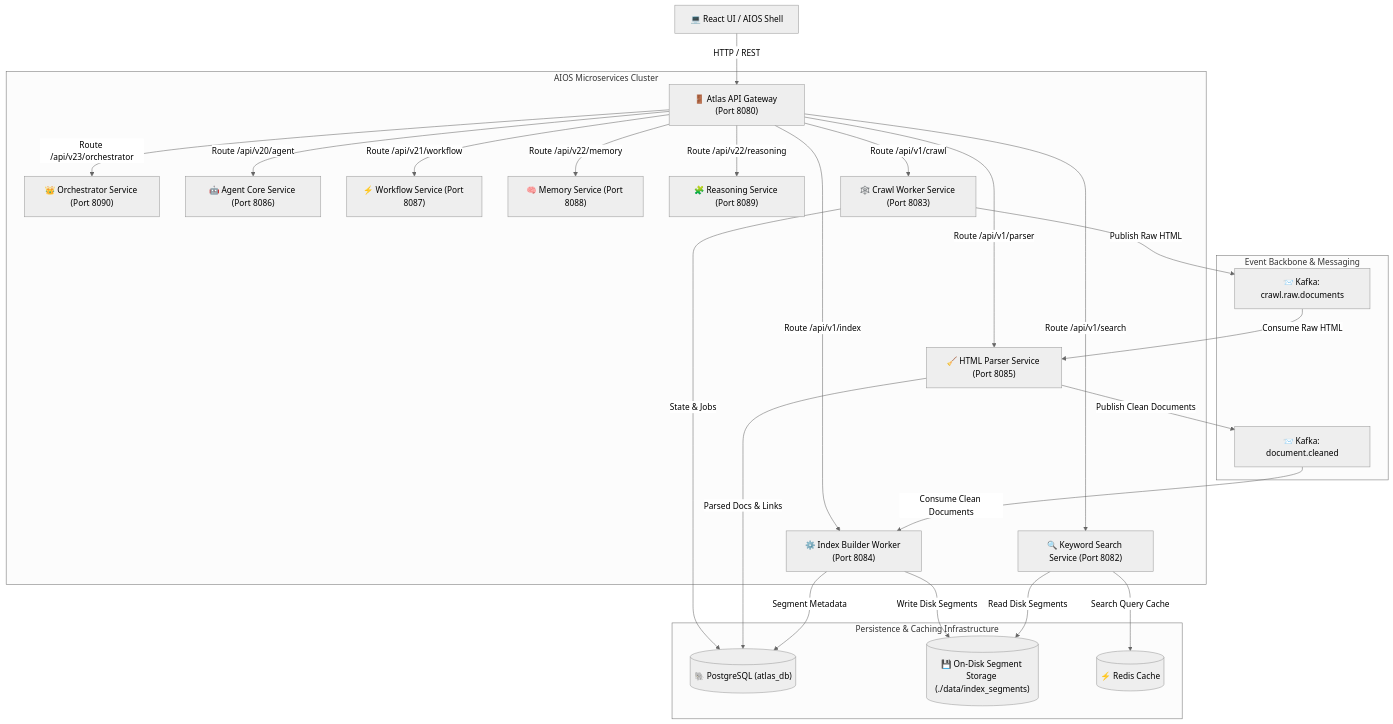
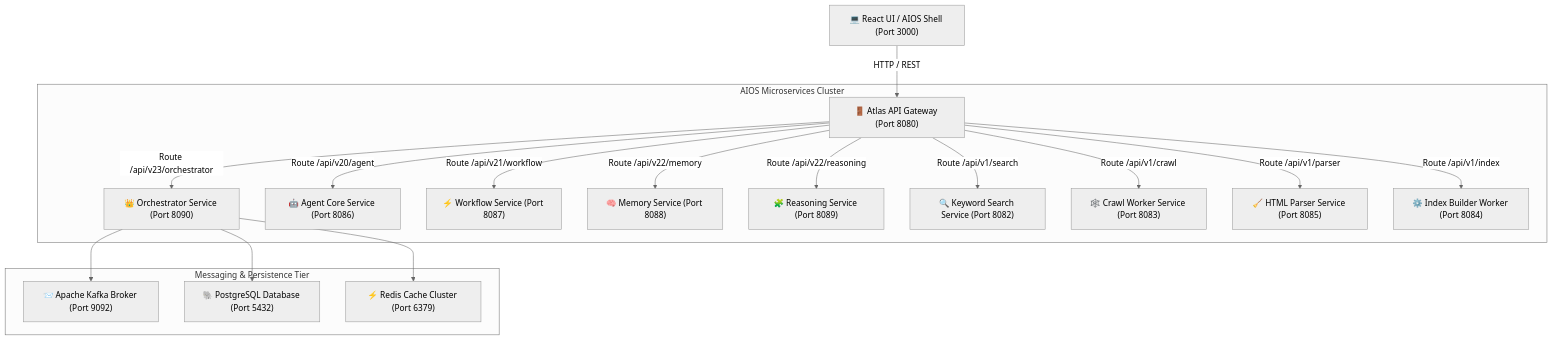
The diagram in README.md (AnoopNadagouda/Atlas), drawn with Mermaid (neutral theme) before and after one commit. The commit also changed other lines of this file and 50 other files, not shown here.

````diff
--- a/README.md
+++ b/README.md
@@ -22,32 +56,26 @@
 ```mermaid
 graph TD
-    Client["💻 React UI / AIOS Shell"] -->|HTTP / REST| Gateway["🚪 Atlas API Gateway (Port 8080)"]
+    Client["💻 React UI / AIOS Shell (Port 3000)"] -->|HTTP / REST| Gateway["🚪 Atlas API Gateway (Port 8080)"]
     
     subgraph "AIOS Microservices Cluster"
         Gateway -->|Route /api/v23/orchestrator| Orchestrator["👑 Orchestrator Service (Port 8090)"]
         Gateway -->|Route /api/v20/agent| Agent["🤖 Agent Core Service (Port 8086)"]
         Gateway -->|Route /api/v21/workflow| Workflow["⚡ Workflow Service (Port 8087)"]
         Gateway -->|Route /api/v22/memory| Memory["🧠 Memory Service (Port 8088)"]
         Gateway -->|Route /api/v22/reasoning| Reasoning["🧩 Reasoning Service (Port 8089)"]
         Gateway -->|Route /api/v1/search| Search["🔍 Keyword Search Service (Port 8082)"]
         Gateway -->|Route /api/v1/crawl| Crawler["🕸️ Crawl Worker Service (Port 8083)"]
         Gateway -->|Route /api/v1/parser| Parser["🧹 HTML Parser Service (Port 8085)"]
         Gateway -->|Route /api/v1/index| Indexer["⚙️ Index Builder Worker (Port 8084)"]
     end
 
-    subgraph "Event Backbone & Messaging"
-        Crawler -->|Publish Raw HTML| K1["📨 Kafka: crawl.raw.documents"]
-        K1 -->|Consume Raw HTML| Parser
-        Parser -->|Publish Clean Documents| K2["📨 Kafka: document.cleaned"]
-        K2 -->|Consume Clean Documents| Indexer
+    subgraph "Messaging & Persistence Tier"
+        Kafka["📨 Apache Kafka Broker (Port 9092)"]
+        PG["🐘 PostgreSQL Database (Port 5432)"]
+        Redis["⚡ Redis Cache Cluster (Port 6379)"]
     end
 
-    subgraph "Persistence & Caching Infrastructure"
-        Crawler -->|State & Jobs| DB[("🐘 PostgreSQL (atlas_db)")]
-        Parser -->|Parsed Docs & Links| DB
-        Indexer -->|Segment Metadata| DB
-        Indexer -->|Write Disk Segments| Disk[("💾 On-Disk Segment Storage (./data/index_segments)")]
-        Search -->|Read Disk Segments| Disk
-        Search -->|Search Query Cache| Redis[("⚡ Redis Cache")]
-    end
+    Orchestrator --> Kafka
+    Orchestrator --> PG
+    Orchestrator --> Redis
 ```
````
